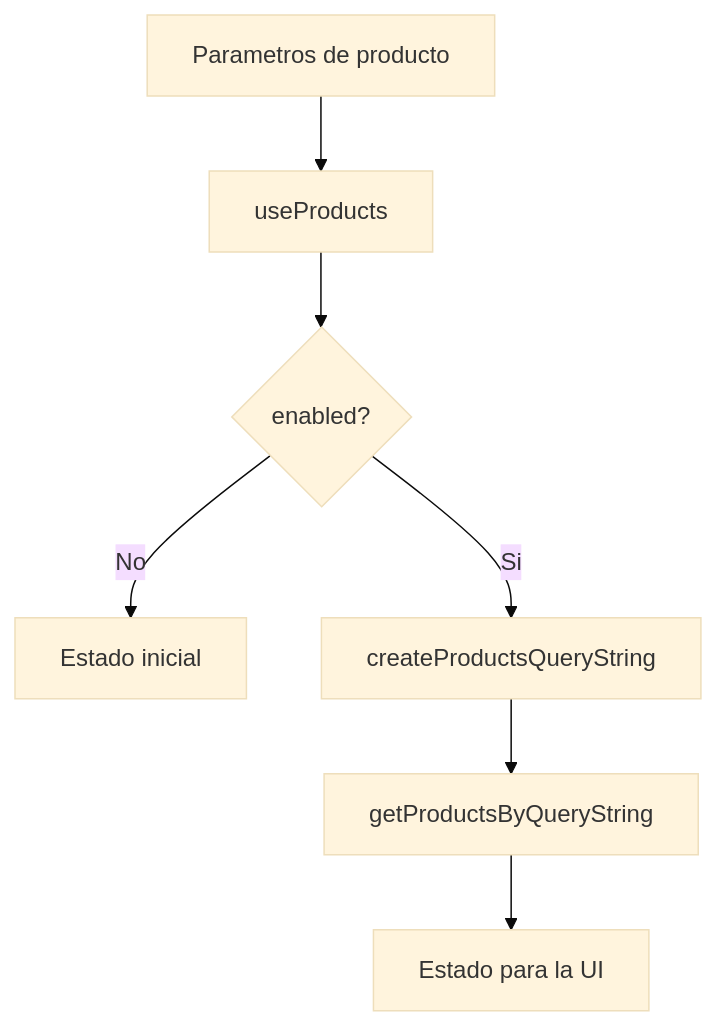
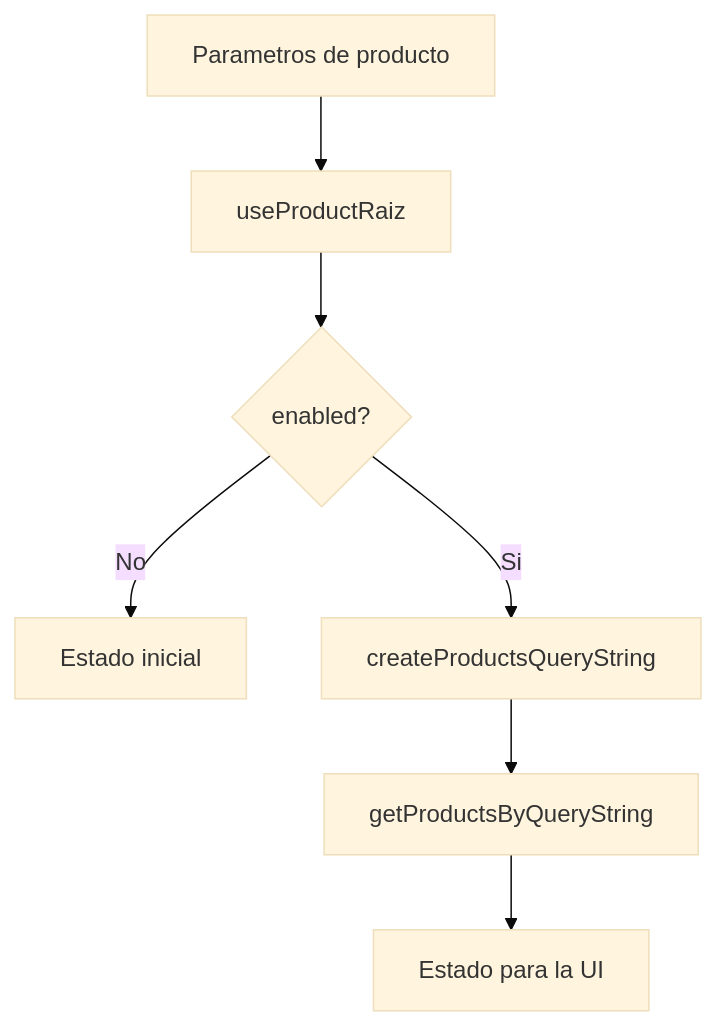
The seventh of 17 diagrams in documentacion/GUIA_FEATURES_LIB_PROVIDERS.md (BrandonAlbertt/ecommerce-sosaimpor-frontend), drawn with Mermaid (base theme) before and after one commit. The commit also changed other lines of this file and 23 other files, not shown here.

````diff
--- a/documentacion/GUIA_FEATURES_LIB_PROVIDERS.md
+++ b/documentacion/GUIA_FEATURES_LIB_PROVIDERS.md
@@ -168,9 +186,9 @@
 ```mermaid
 flowchart TD
-  A[Parametros de producto] --> B[useProducts]
+  A[Parametros de producto] --> B[useProductRaiz]
   B --> C{enabled?}
   C -- No --> D[Estado inicial]
   C -- Si --> E[createProductsQueryString]
   E --> F[getProductsByQueryString]
   F --> G[Estado para la UI]
 ```
````
